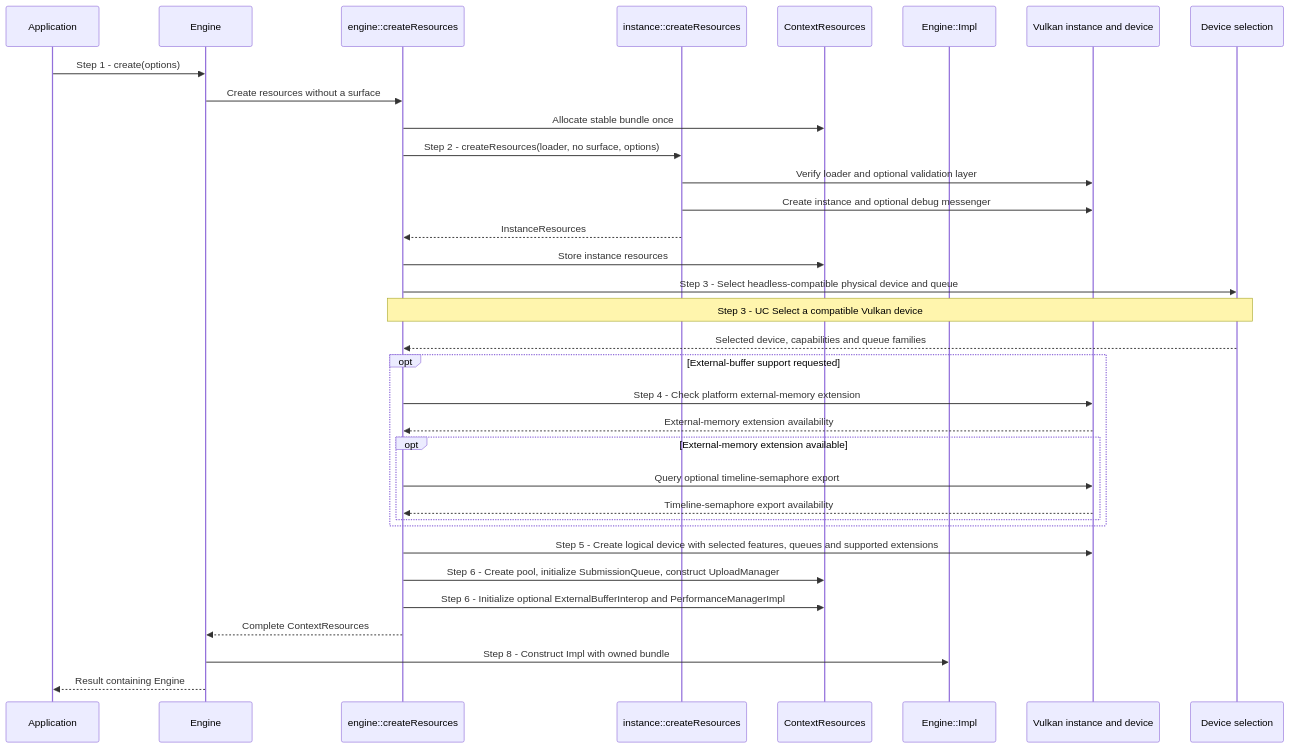
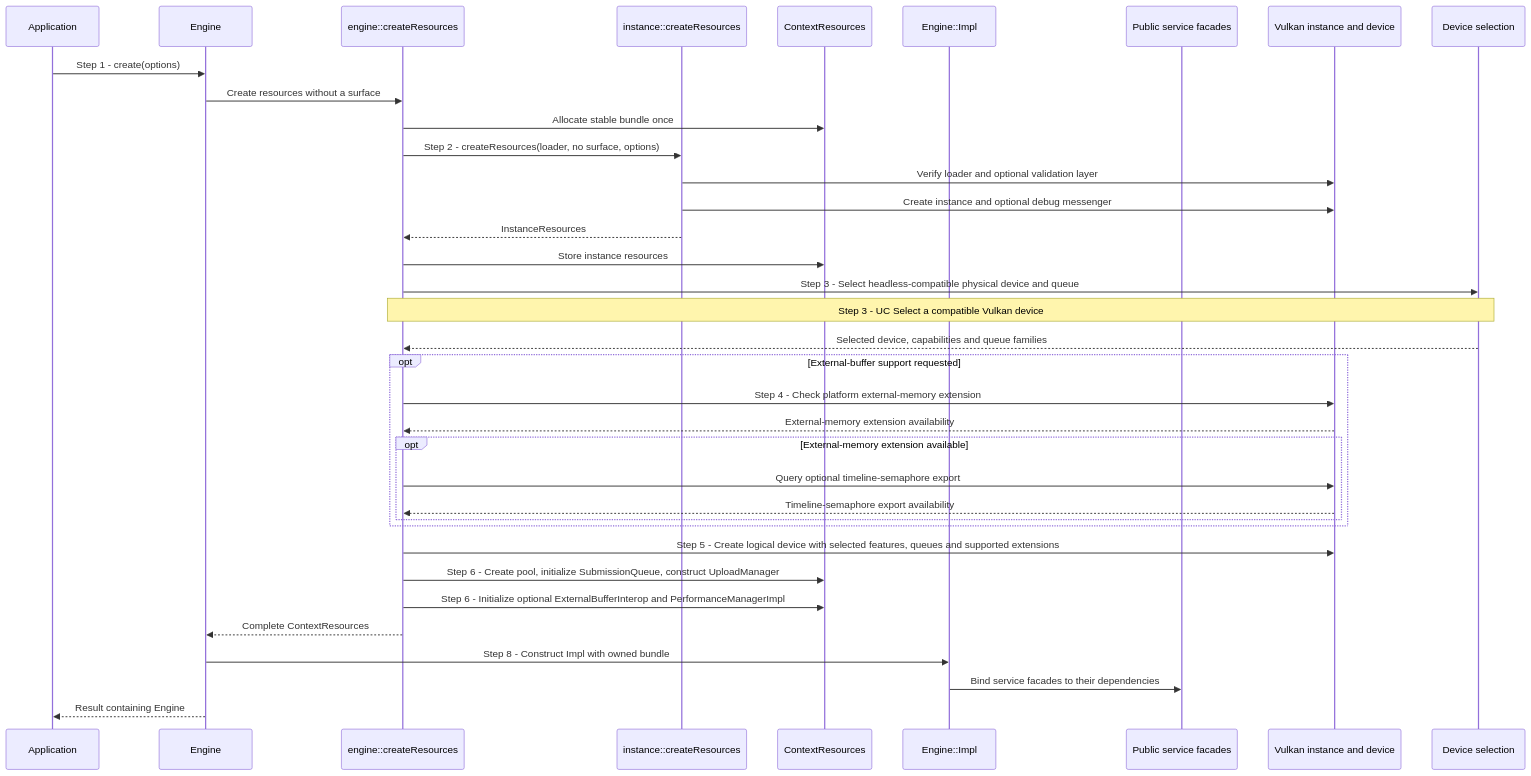
One commit to a-soltysik/Panda changed the first of 3 diagrams in docs/use-cases/create-context.md. Above: the diagram before and after it, drawn with Mermaid. The commit also changed other lines of this file and 11 other files, not shown here.

````diff
--- a/docs/use-cases/create-context.md
+++ b/docs/use-cases/create-context.md
@@ -70,36 +70,38 @@
 ```mermaid
 sequenceDiagram
     participant A as Application
     participant C as Engine
     participant F as engine::createResources
     participant X as instance::createResources
     participant R as ContextResources
     participant I as Engine::Impl
+    participant S as Public service facades
     participant V as Vulkan instance and device
     participant D as Device selection
     A->>C: Step 1 - create(options)
     C->>F: Create resources without a surface
     F->>R: Allocate stable bundle once
     F->>X: Step 2 - createResources(loader, no surface, options)
     X->>V: Verify loader and optional validation layer
     X->>V: Create instance and optional debug messenger
     X-->>F: InstanceResources
     F->>R: Store instance resources
     F->>D: Step 3 - Select headless-compatible physical device and queue
     Note over F,D: Step 3 - UC Select a compatible Vulkan device
     D-->>F: Selected device, capabilities and queue families
     opt External-buffer support requested
         F->>V: Step 4 - Check platform external-memory extension
         V-->>F: External-memory extension availability
         opt External-memory extension available
             F->>V: Query optional timeline-semaphore export
             V-->>F: Timeline-semaphore export availability
         end
     end
     F->>V: Step 5 - Create logical device with selected features, queues and supported extensions
     F->>R: Step 6 - Create pool, initialize SubmissionQueue, construct UploadManager
     F->>R: Step 6 - Initialize optional ExternalBufferInterop and PerformanceManagerImpl
     F-->>C: Complete ContextResources
     C->>I: Step 8 - Construct Impl with owned bundle
+    I->>S: Bind service facades to their dependencies
     C-->>A: Result containing Engine
 ```
````
